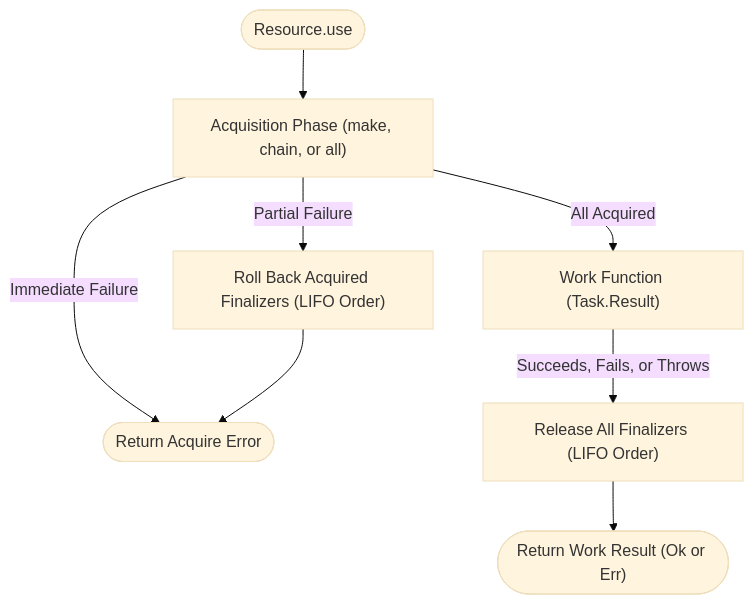
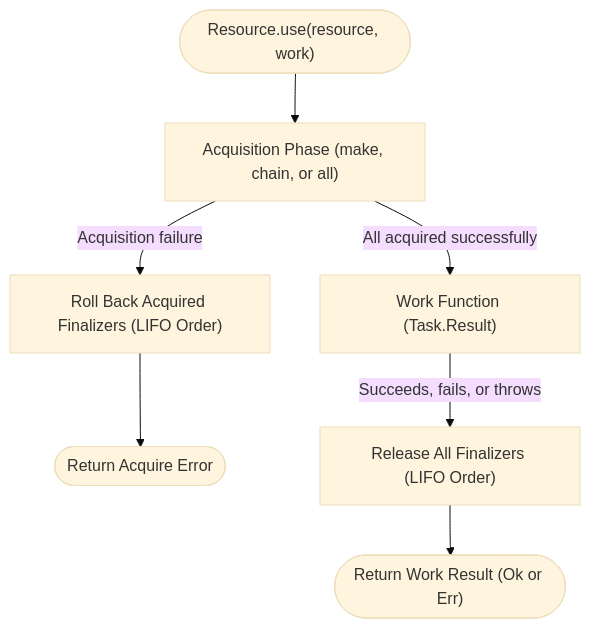
One commit to nlozgachev/pipelined changed the diagram in docs/src/content/docs/guides/resource.md. Above: the diagram before and after it, drawn with Mermaid (base theme). The commit also changed 22 other files, not shown here.

Commit message:
docs: better diagrams

````diff
--- a/docs/src/content/docs/guides/resource.md
+++ b/docs/src/content/docs/guides/resource.md
@@ -33,11 +33,10 @@
 ```mermaid
-flowchart TD
-    Start([Resource.use]) --> Acquire["Acquisition Phase (make, chain, or all)"]
-    Acquire -->|All Acquired| Work["Work Function (Task.Result)"]
-    Acquire -->|Partial Failure| Rollback["Roll Back Acquired Finalizers (LIFO Order)"]
-    Acquire -->|Immediate Failure| FailExit(["Return Acquire Error"])
-    Rollback --> FailExit
+flowchart TB
+    Start(["Resource.use(resource, work)"]) --> Acquire["Acquisition Phase (make, chain, or all)"]
+    Acquire -->|"All acquired successfully"| Work["Work Function (Task.Result)"]
+    Acquire -->|"Acquisition failure"| Rollback["Roll Back Acquired Finalizers (LIFO Order)"]
+    Rollback --> FailExit(["Return Acquire Error"])
 
-    Work -->|Succeeds, Fails, or Throws| Release["Release All Finalizers (LIFO Order)"]
+    Work -->|"Succeeds, fails, or throws"| Release["Release All Finalizers (LIFO Order)"]
     Release --> WorkExit(["Return Work Result (Ok or Err)"])
 ```
````
